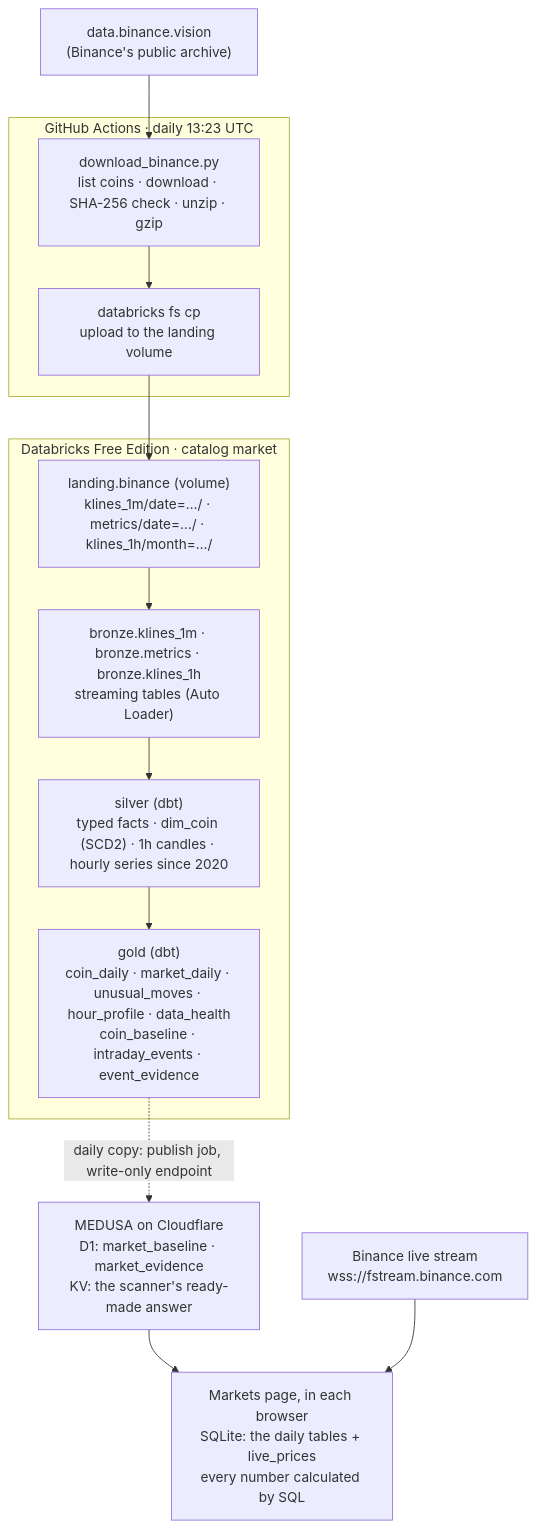
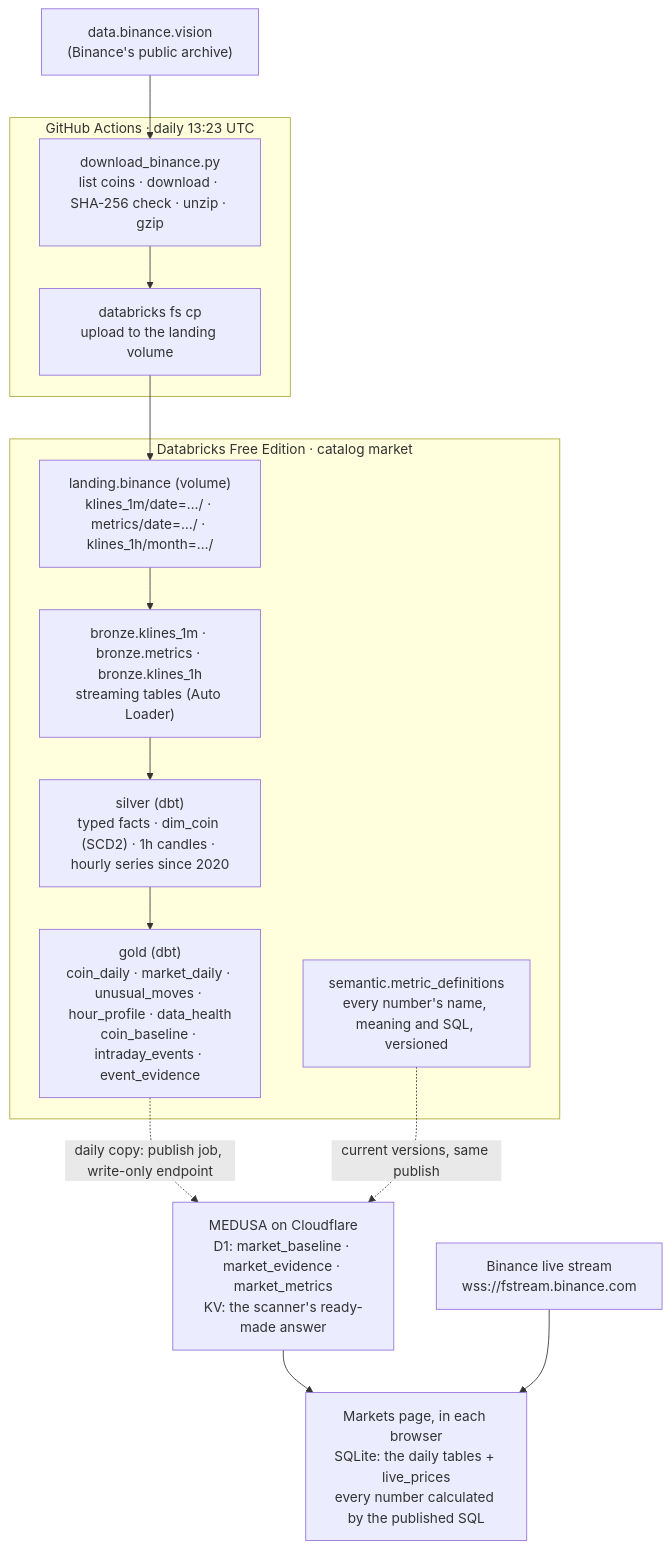
Before and after one commit to shivam65-sketch/medusa: the diagram in lakehouse/docs/architecture.md, drawn with Mermaid. The commit also changed other lines of this file and 10 other files, not shown here.

Commit message:
Docs: step 27, metric definitions kept in Databricks (ADR-029)

````diff
--- a/lakehouse/docs/architecture.md
+++ b/lakehouse/docs/architecture.md
@@ -13,20 +13,22 @@
 ```mermaid
 flowchart TB
   subgraph GH["GitHub Actions · daily 13:23 UTC"]
     D1["download_binance.py<br>list coins · download · SHA-256 check · unzip · gzip"]
     D2["databricks fs cp<br>upload to the landing volume"]
     D1 --> D2
   end
   BIN["data.binance.vision<br>(Binance's public archive)"] --> D1
   subgraph DBX["Databricks Free Edition · catalog market"]
     L["landing.binance (volume)<br>klines_1m/date=…/ · metrics/date=…/ · klines_1h/month=…/"]
     BR["bronze.klines_1m · bronze.metrics · bronze.klines_1h<br>streaming tables (Auto Loader)"]
     SI["silver (dbt)<br>typed facts · dim_coin (SCD2) · 1h candles · hourly series since 2020"]
     GO["gold (dbt)<br>coin_daily · market_daily · unusual_moves · hour_profile · data_health<br>coin_baseline · intraday_events · event_evidence"]
+    SEM["semantic.metric_definitions<br>every number's name, meaning and SQL, versioned"]
     L --> BR --> SI --> GO
   end
   D2 --> L
-  GO -.->|"daily copy: publish job, write-only endpoint"| CF["MEDUSA on Cloudflare<br>D1: market_baseline · market_evidence<br>KV: the scanner's ready-made answer"]
-  CF --> MK["Markets page, in each browser<br>SQLite: the daily tables + live_prices<br>every number calculated by SQL"]
+  GO -.->|"daily copy: publish job, write-only endpoint"| CF["MEDUSA on Cloudflare<br>D1: market_baseline · market_evidence · market_metrics<br>KV: the scanner's ready-made answer"]
+  SEM -.->|"current versions, same publish"| CF
+  CF --> MK["Markets page, in each browser<br>SQLite: the daily tables + live_prices<br>every number calculated by the published SQL"]
   BWS["Binance live stream<br>wss://fstream.binance.com"] --> MK
 ```
````
